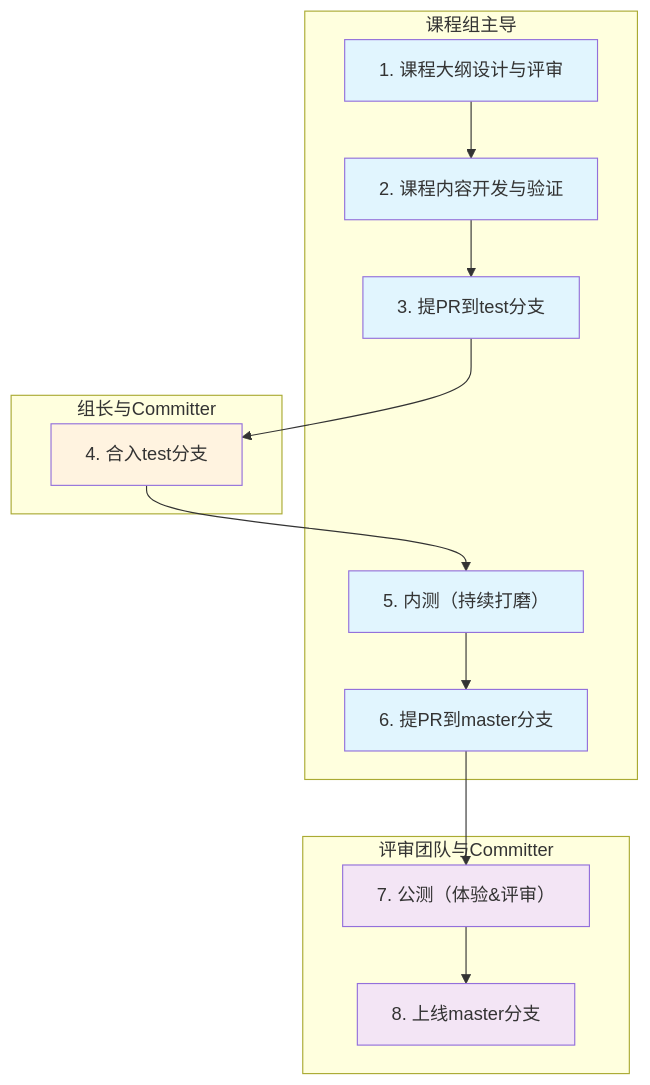
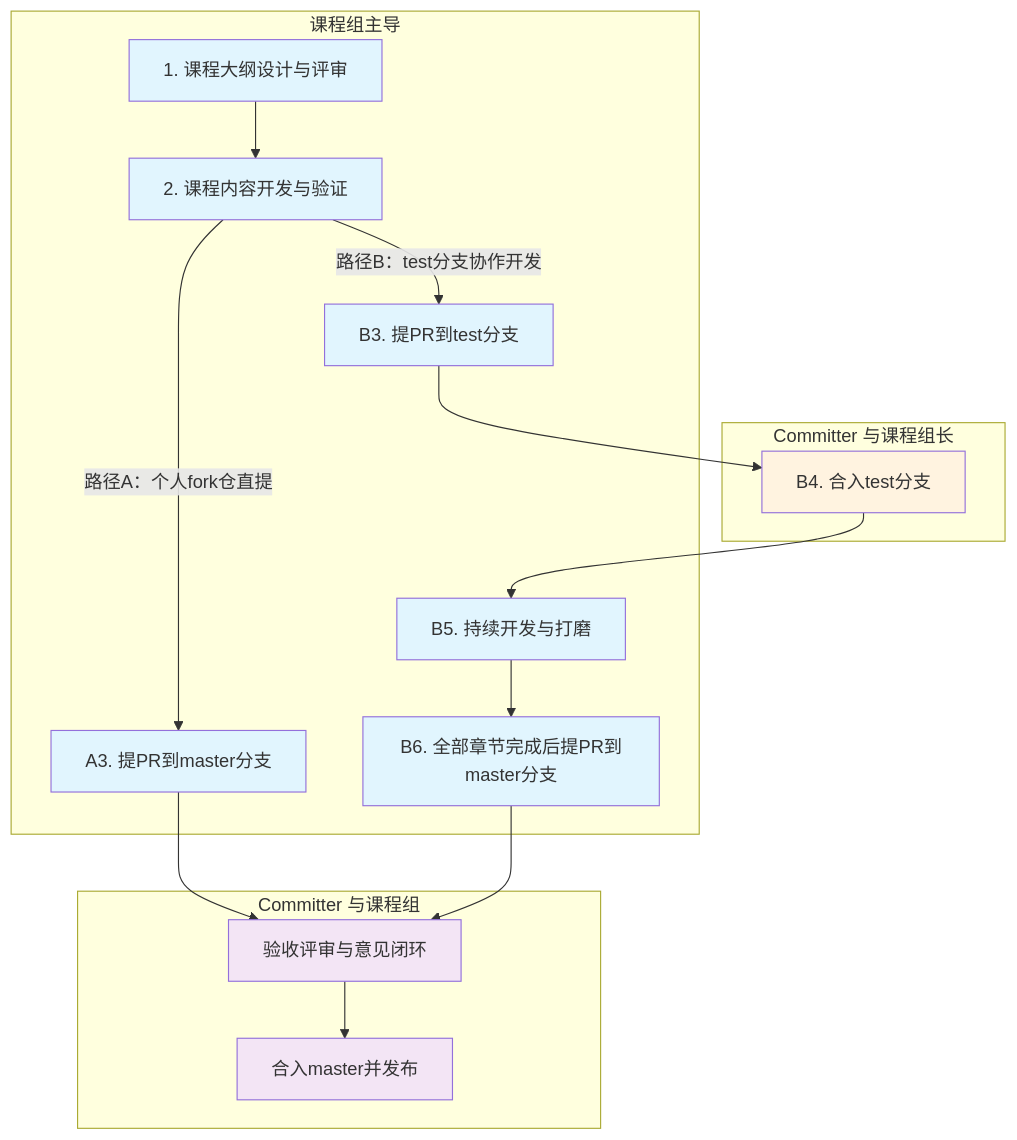
The diagram in docs/course_submission_criteria.md (hicann/cann-learning-hub), drawn with Mermaid before and after one commit. The commit also changed other lines of this file and 7 other files, not shown here.

````diff
--- a/docs/course_submission_criteria.md
+++ b/docs/course_submission_criteria.md
@@ -27,36 +71,40 @@
 ```mermaid
 flowchart TD
     A[1. 课程大纲设计与评审] --> B[2. 课程内容开发与验证]
-    B --> C[3. 提PR到test分支]
-    C --> D[4. 合入test分支]
-    D --> E[5. 内测（持续打磨）]
-    E --> F[6. 提PR到master分支]
-    F --> G[7. 公测（体验&评审）]
-    G --> H[8. 上线master分支]
+    B -->|路径A：个人fork仓直提| D1[A3. 提PR到master分支]
+    B -->|路径B：test分支协作开发| D2[B3. 提PR到test分支]
+    D2 --> E2[B4. 合入test分支]
+    E2 --> F2[B5. 持续开发与打磨]
+    F2 --> G2[B6. 全部章节完成后提PR到master分支]
+    D1 --> H[验收评审与意见闭环]
+    G2 --> H
+    H --> I[合入master并发布]
 
     subgraph 课程组主导
         A
         B
-        C
-        E
-        F
+        D1
+        D2
+        F2
+        G2
     end
 
-    subgraph 组长与Committer
-        D
+    subgraph Committer 与课程组长
+        E2
     end
 
-    subgraph 评审团队与Committer
-        G
+    subgraph Committer 与课程组
         H
+        I
     end
 
     style A fill:#e1f5fe
     style B fill:#e1f5fe
-    style C fill:#e1f5fe
-    style D fill:#fff3e0
-    style E fill:#e1f5fe
-    style F fill:#e1f5fe
-    style G fill:#f3e5f5
+    style D1 fill:#e1f5fe
+    style D2 fill:#e1f5fe
+    style E2 fill:#fff3e0
+    style F2 fill:#e1f5fe
+    style G2 fill:#e1f5fe
     style H fill:#f3e5f5
+    style I fill:#f3e5f5
 ```
````
